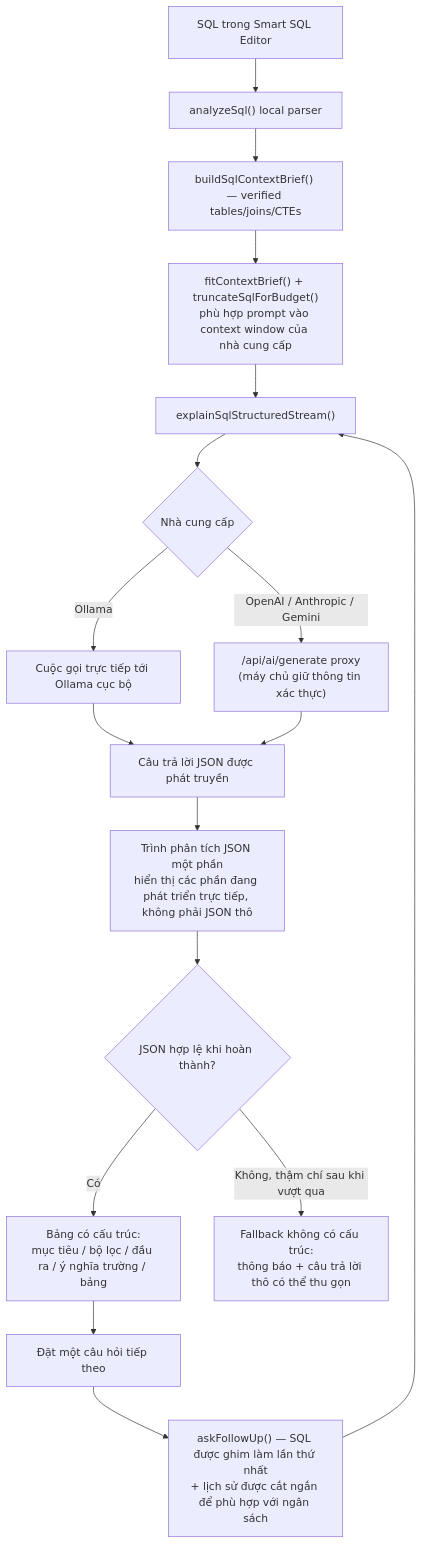
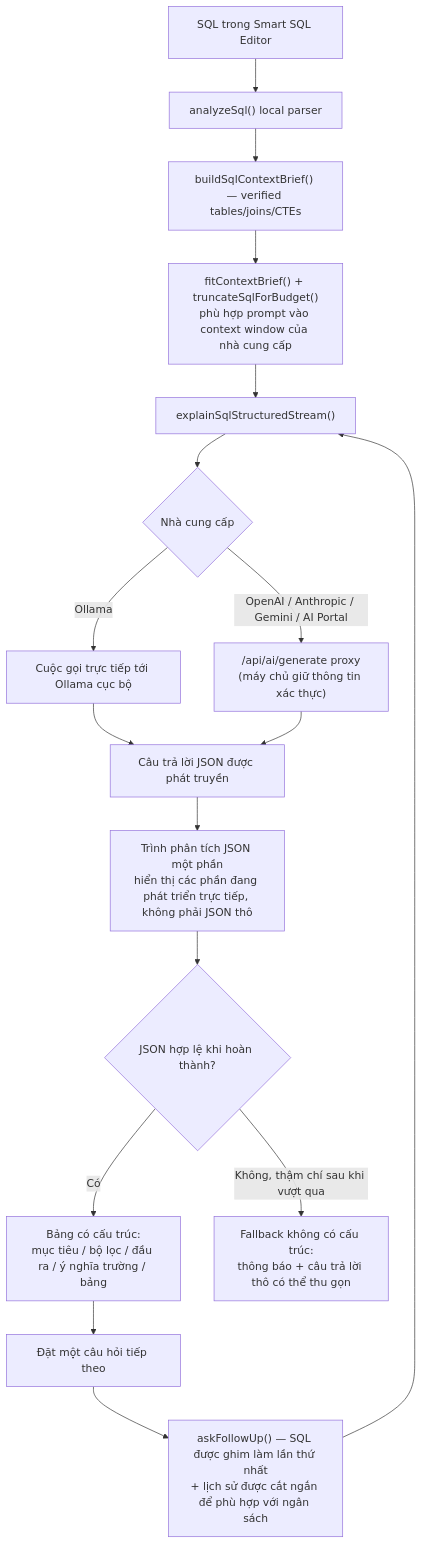
One commit to oscar20041998/sql-visualizer changed the first of 7 diagrams in README_VI.md. Above: the diagram before and after it, drawn with Mermaid. The commit also changed other lines of this file and 67 other files, not shown here.

````diff
--- a/README_VI.md
+++ b/README_VI.md
@@ -59,19 +61,19 @@
 ```mermaid
 flowchart TD
     A["SQL trong Smart SQL Editor"] --> B["analyzeSql() local parser"]
     B --> C["buildSqlContextBrief() — verified tables/joins/CTEs"]
     C --> D["fitContextBrief() + truncateSqlForBudget()<br/>phù hợp prompt vào context window của nhà cung cấp"]
     D --> E["explainSqlStructuredStream()"]
     E --> F{Nhà cung cấp}
     F -->|Ollama| G["Cuộc gọi trực tiếp tới Ollama cục bộ"]
-    F -->|OpenAI / Anthropic / Gemini| H["/api/ai/generate proxy<br/>(máy chủ giữ thông tin xác thực)"]
+    F -->|OpenAI / Anthropic / Gemini / AI Portal| H["/api/ai/generate proxy<br/>(máy chủ giữ thông tin xác thực)"]
     G --> I["Câu trả lời JSON được phát truyền"]
     H --> I
     I --> J["Trình phân tích JSON một phần<br/>hiển thị các phần đang phát triển trực tiếp, không phải JSON thô"]
     J --> K{"JSON hợp lệ khi hoàn thành?"}
     K -->|Có| L["Bảng có cấu trúc:<br/>mục tiêu / bộ lọc / đầu ra / ý nghĩa trường / bảng"]
     K -->|Không, thậm chí sau khi vượt qua| M["Fallback không có cấu trúc:<br/>thông báo + câu trả lời thô có thể thu gọn"]
     L --> N["Đặt một câu hỏi tiếp theo"]
     N --> O["askFollowUp() — SQL được ghim làm lần thứ nhất<br/>+ lịch sử được cắt ngắn để phù hợp với ngân sách"]
     O --> E
 ```
````
